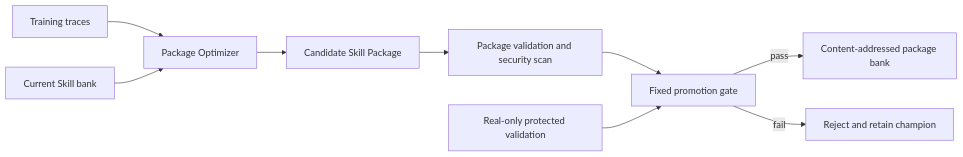
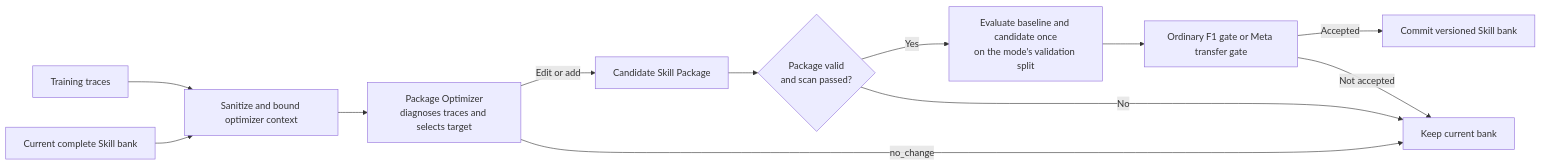
Before and after one commit to FengyuanYin/EvoFactSkill: the second of 4 diagrams in README.md, drawn with Mermaid. The commit also changed other lines of this file and 1 other file, not shown here.

Commit message:
docs: refresh bilingual inference and evolution workflow diagrams

````diff
--- a/README.md
+++ b/README.md
@@ -52,11 +54,14 @@
 ```mermaid
 flowchart LR
-    A[Training traces] --> C[Package Optimizer]
-    B[Current Skill bank] --> C
-    C --> D[Candidate Skill Package]
-    D --> E[Package validation and security scan]
-    E --> F[Fixed promotion gate]
-    G[Real-only protected validation] --> F
-    F -->|pass| H[Content-addressed package bank]
-    F -->|fail| I[Reject and retain champion]
+    A["Training traces"] --> X["Sanitize and bound optimizer context"]
+    B["Current complete Skill bank"] --> X
+    X --> C["Package Optimizer<br/>diagnoses traces and selects target"]
+    C -->|Edit or add| D["Candidate Skill Package"]
+    C -->|no_change| I["Keep current bank"]
+    D --> E{"Package valid<br/>and scan passed?"}
+    E -->|Yes| V["Evaluate baseline and candidate once<br/>on the mode's validation split"]
+    E -->|No| I
+    V --> F["Ordinary F1 gate or Meta transfer gate"]
+    F -->|Accepted| H["Commit versioned Skill bank"]
+    F -->|Not accepted| I
 ```
````
